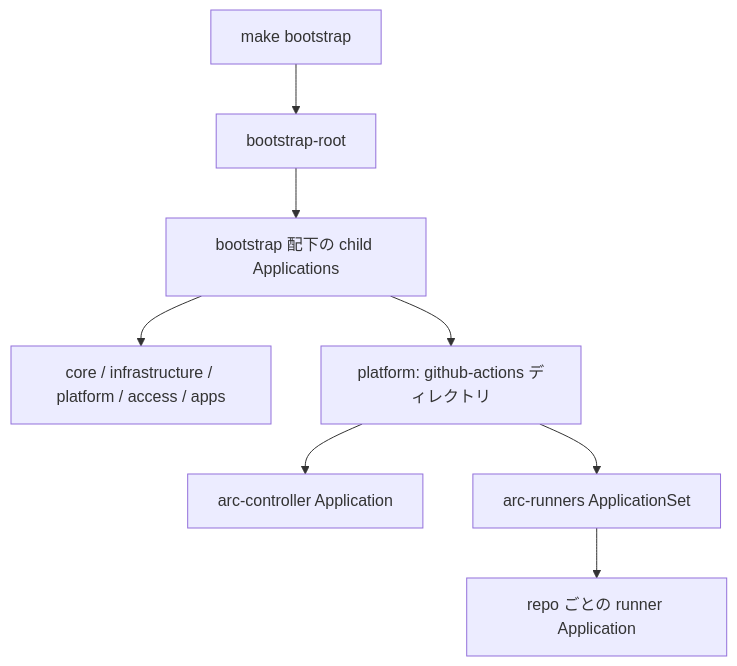
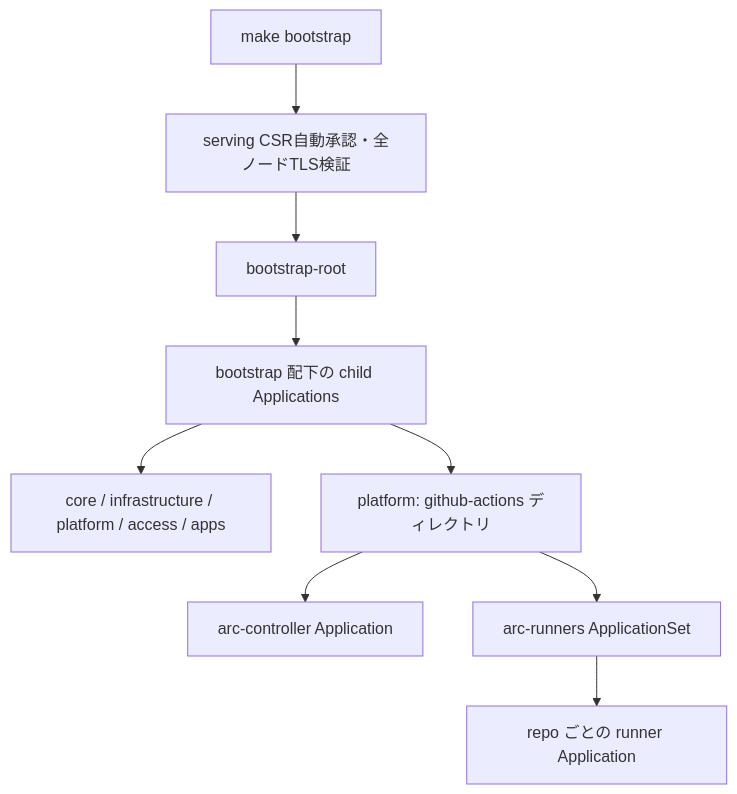
One commit to ksera524/k8s_myHome changed the diagram in docs/diagrams/app-of-apps-sync-wave.md. Above: the diagram before and after it, drawn with Mermaid. The commit also changed other lines of this file and 21 other files, not shown here.

````diff
--- a/docs/diagrams/app-of-apps-sync-wave.md
+++ b/docs/diagrams/app-of-apps-sync-wave.md
@@ -8,10 +8,11 @@
 ```mermaid
 flowchart TD
-  Bootstrap[make bootstrap] --> Root[bootstrap-root]
+  Bootstrap[make bootstrap] --> Serving[serving CSR自動承認・全ノードTLS検証]
+  Serving --> Root[bootstrap-root]
   Root --> Child[bootstrap 配下の child Applications]
   Child --> Workload[core / infrastructure / platform / access / apps]
   Child --> Platform[platform: github-actions ディレクトリ]
   Platform --> Controller[arc-controller Application]
   Platform --> AppSet[arc-runners ApplicationSet]
   AppSet --> Runner[repo ごとの runner Application]
 ```
````
